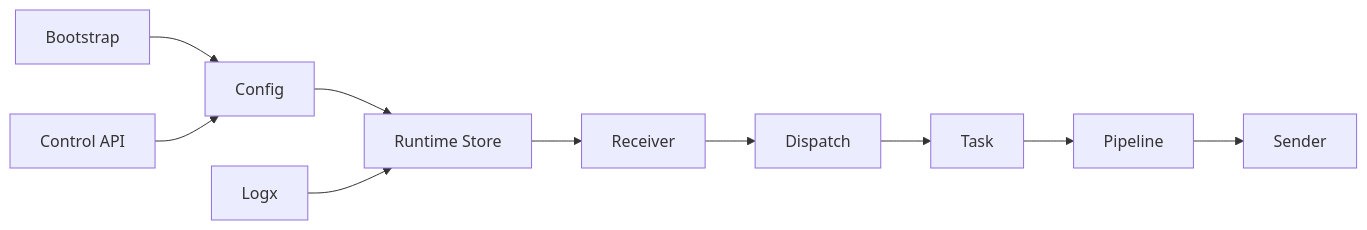
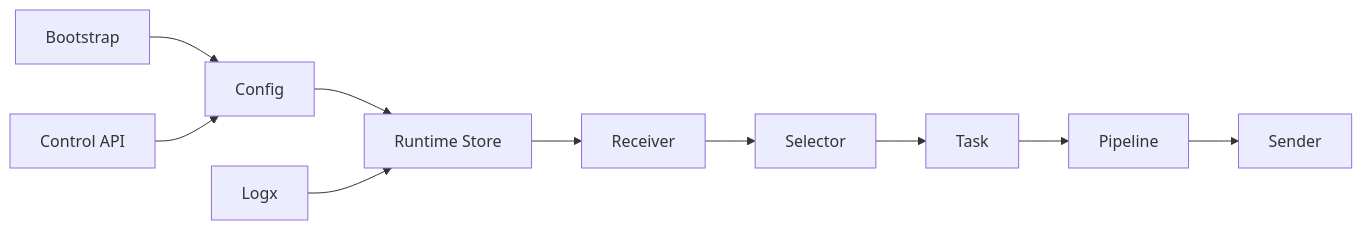
The diagram in docs/architecture.md (oublie6/forward-stub), drawn with Mermaid before and after one commit. The commit also changed other lines of this file and 39 other files, not shown here.

Commit message:
refactor: lift selector dispatch above tasks

````diff
--- a/docs/architecture.md
+++ b/docs/architecture.md
@@ -44,14 +46,14 @@
 ```mermaid
 flowchart LR
   Boot[Bootstrap] --> Conf[Config]
   Conf --> Runtime[Runtime Store]
 
   Runtime --> Recv[Receiver]
-  Recv --> Disp[Dispatch]
-  Disp --> Task[Task]
+  Recv --> Sel[Selector]
+  Sel --> Task[Task]
   Task --> Pipe[Pipeline]
   Pipe --> Send[Sender]
 
   CfgApi[Control API] --> Conf
   Logs[Logx] --> Runtime
 ```
````
